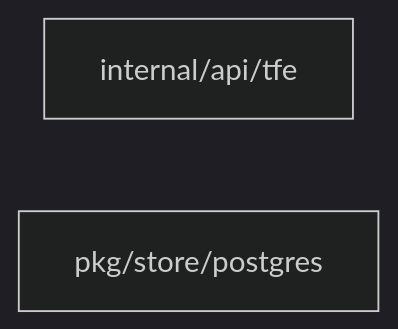
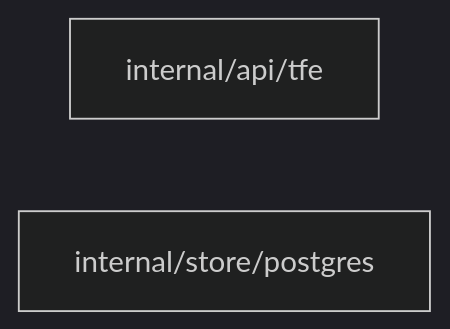
One commit to OpenDustpan/OpenDustpan changed the second of 3 diagrams in openspec/changes/database-outage-atomic-state-locks/design.md. Above: the diagram before and after it, drawn with Mermaid (dark theme). The commit also changed other lines of this file and 2 other files, not shown here.

Commit message:
spec: fix paths, lines and CI mark of database-outage-atomic-state-locks
The Postgres store is in internal/store/postgres, not pkg/store/postgres.
Update the cited line numbers, mark task 3.5 as confirmed by CI, and name
the issue.

````diff
--- a/openspec/changes/database-outage-atomic-state-locks/design.md
+++ b/openspec/changes/database-outage-atomic-state-locks/design.md
@@ -37,5 +37,5 @@
 ```mermaid
 flowchart LR
 P1[internal/api/tfe]
-P2[pkg/store/postgres]
+P2[internal/store/postgres]
 ```
````
